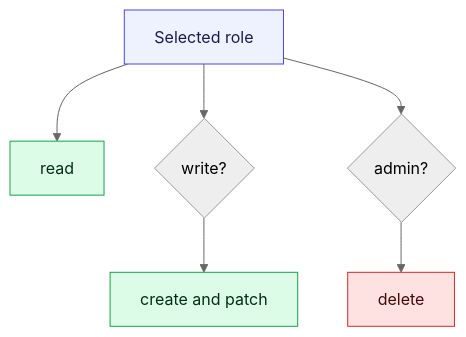
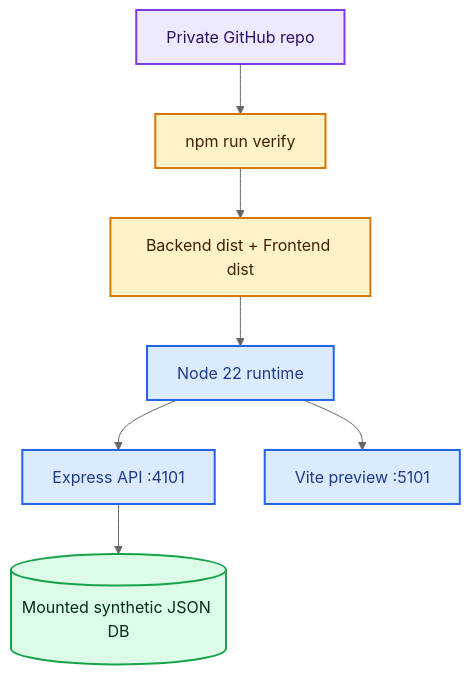
The fourth of 4 diagrams in docs/DIAGRAMS.md (jprbom/upi-flowpilot), drawn with Mermaid (neutral theme) before and after one commit. The commit also changed other lines of this file and 6 other files, not shown here.

```diff
--- a/docs/DIAGRAMS.md
+++ b/docs/DIAGRAMS.md
@@ -106,14 +76,14 @@
 ~~~mermaid
-flowchart TD
-  Role["Selected role"] --> Read["read"]
-  Role --> Write{"write?"}
-  Role --> Admin{"admin?"}
-  Write --> Create["create and patch"]
-  Admin --> Delete["delete"]
-  classDef role fill:#eef2ff,stroke:#4f46e5,color:#1e1b4b
-  classDef ok fill:#dcfce7,stroke:#16a34a,color:#052e16
-  classDef danger fill:#fee2e2,stroke:#dc2626,color:#450a0a
-  class Role role
-  class Read,Create ok
-  class Delete danger
+flowchart TB
+  Repo["Private GitHub repo"]:::repo --> CI["npm run verify"]:::ci
+  CI --> Build["Backend dist + Frontend dist"]:::ci
+  Build --> Runtime["Node 22 runtime"]:::runtime
+  Runtime --> Backend["Express API :4101"]:::runtime
+  Runtime --> Frontend["Vite preview :5101"]:::runtime
+  Backend --> DB[("Mounted synthetic JSON DB")]:::data
+
+  classDef repo fill:#ede9fe,stroke:#7c3aed,stroke-width:2px,color:#2e1065
+  classDef ci fill:#fef3c7,stroke:#d97706,stroke-width:2px,color:#422006
+  classDef runtime fill:#dbeafe,stroke:#2563eb,stroke-width:2px,color:#1e3a8a
+  classDef data fill:#dcfce7,stroke:#16a34a,stroke-width:2px,color:#052e16
 ~~~
```
